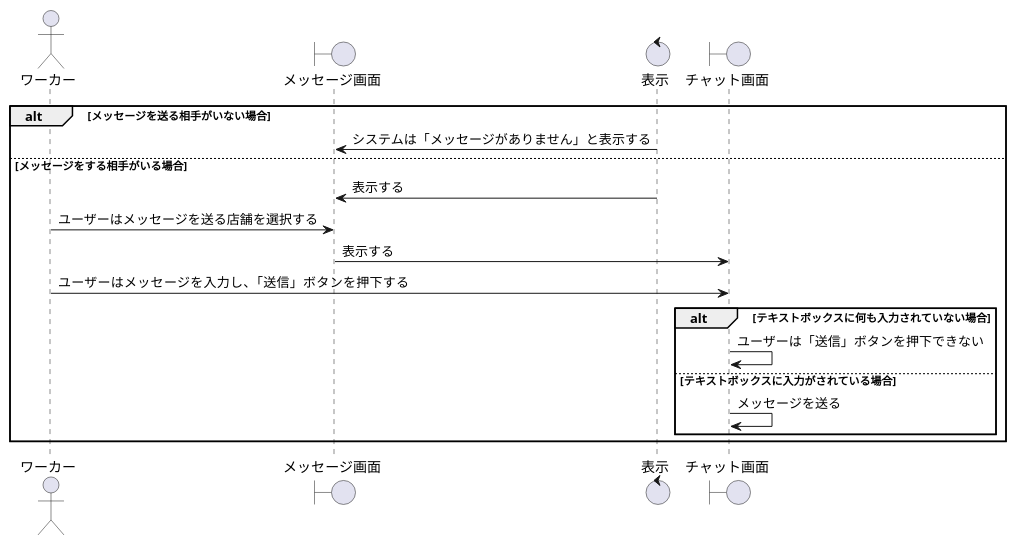
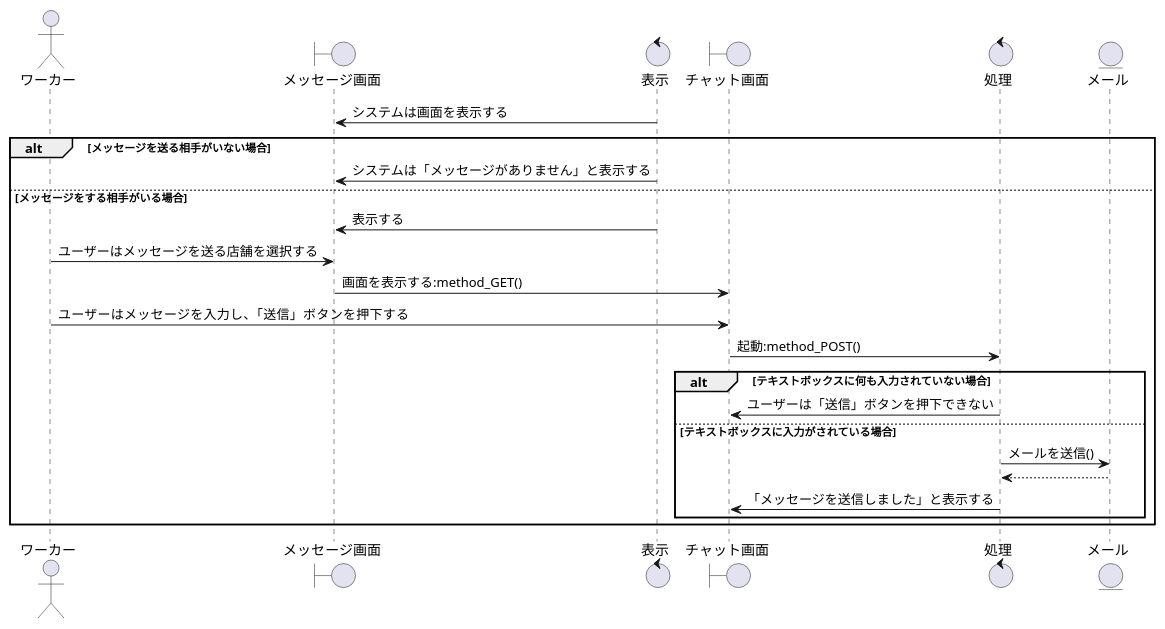
Before and after one commit to irukacb256/high_Me: the diagram in sequence_fig/6_message_fn/1_メッセージでやり取りする.pu, drawn with PlantUML.

```diff
--- a/sequence_fig/6_message_fn/1_メッセージでやり取りする.pu
+++ b/sequence_fig/6_message_fn/1_メッセージでやり取りする.pu
@@ -1,24 +1,32 @@
 @startuml メッセージでやり取りする
 ' 1
 actor ワーカー as wo1
 boundary メッセージ画面 as me1
 control 表示 as co1
 boundary チャット画面 as ch1
+control 処理 as co2
+
+entity メール as ml1
 
 ' 2
+co1 -> me1 : システムは画面を表示する
+
 alt メッセージを送る相手がいない場合
 co1 -> me1 : システムは「メッセージがありません」と表示する
 else メッセージをする相手がいる場合
 co1 -> me1 : 表示する
 wo1 -> me1 : ユーザーはメッセージを送る店舗を選択する
-me1 -> ch1 : 表示する
+me1 -> ch1 : 画面を表示する:method_GET()
 wo1 -> ch1 : ユーザーはメッセージを入力し、「送信」ボタンを押下する
+ch1 -> co2 : 起動:method_POST()
 alt テキストボックスに何も入力されていない場合
-ch1 -> ch1 : ユーザーは「送信」ボタンを押下できない
+co2 -> ch1 : ユーザーは「送信」ボタンを押下できない
 else テキストボックスに入力がされている場合
-ch1 -> ch1 : メッセージを送る
+co2 -> ml1 : メールを送信()
+co2 <-- ml1
+co2 -> ch1 : 「メッセージを送信しました」と表示する
 
 end
 end
 
 @enduml
```
